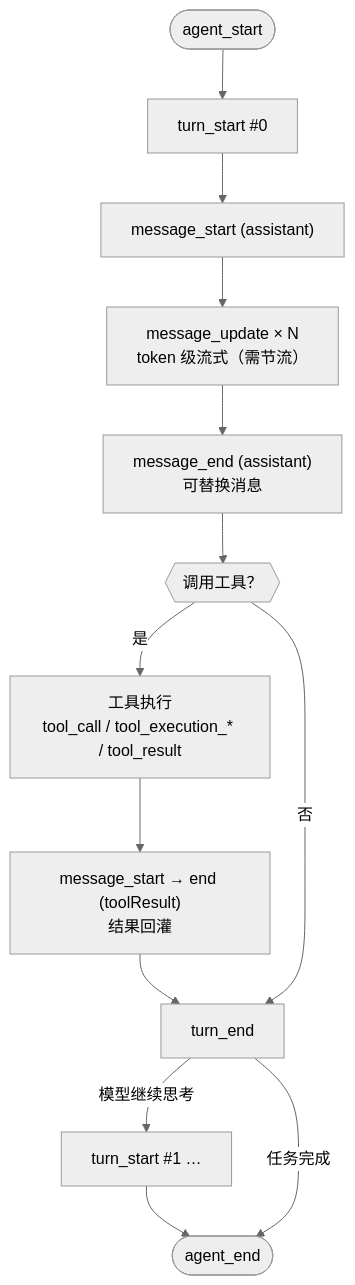
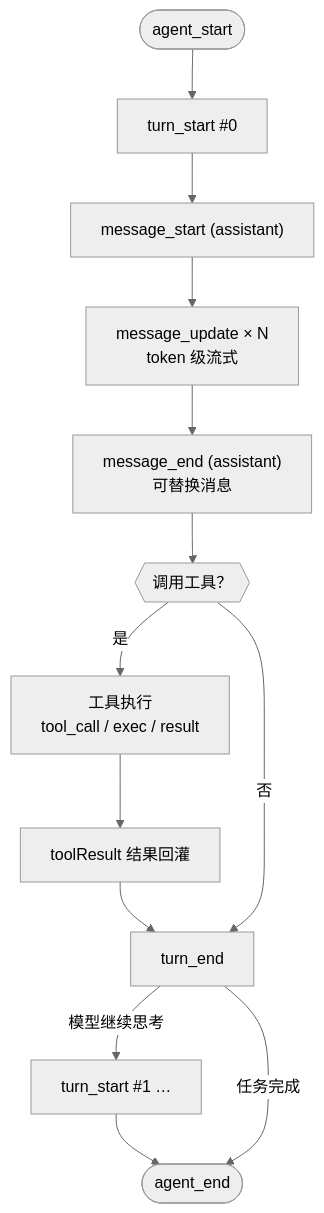
One commit to kunge2013/kunge2013.github.io changed the diagram in docs/posts/pi-agent/16-hellopi-turn-message.md. Above: the diagram before and after it, drawn with Mermaid (neutral theme). The commit also changed 9 other files, not shown here.

First line of the commit message:
fix: 修复 mermaid 流程图中文标签溢出裁切

````diff
--- a/docs/posts/pi-agent/16-hellopi-turn-message.md
+++ b/docs/posts/pi-agent/16-hellopi-turn-message.md
@@ -17,15 +17,15 @@
 ```mermaid
 flowchart TD
     AS(["agent_start"]) --> T0["turn_start #0"]
     T0 --> M1["message_start (assistant)"]
-    M1 --> M2["message_update × N<br/>token 级流式（需节流）"]
+    M1 --> M2["message_update × N<br/>token 级流式"]
     M2 --> M3["message_end (assistant)<br/>可替换消息"]
     M3 --> TOOL{{"调用工具？"}}
-    TOOL -->|"是"| T["工具执行<br/>tool_call / tool_execution_* / tool_result"]
-    T --> MR["message_start → end (toolResult)<br/>结果回灌"]
+    TOOL -->|"是"| T["工具执行<br/>tool_call / exec / result"]
+    T --> MR["toolResult 结果回灌"]
     MR --> TE["turn_end"]
     TOOL -->|"否"| TE
     TE -->|"模型继续思考"| T1["turn_start #1 …"]
     T1 --> AE(["agent_end"])
     TE -->|"任务完成"| AE
 ```
````
